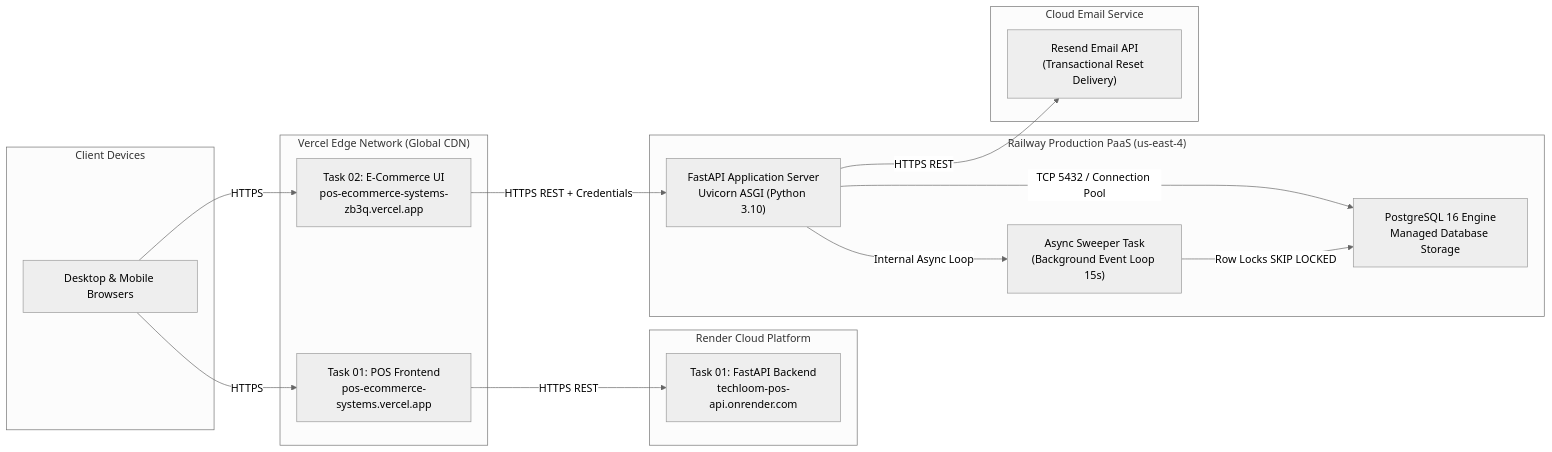
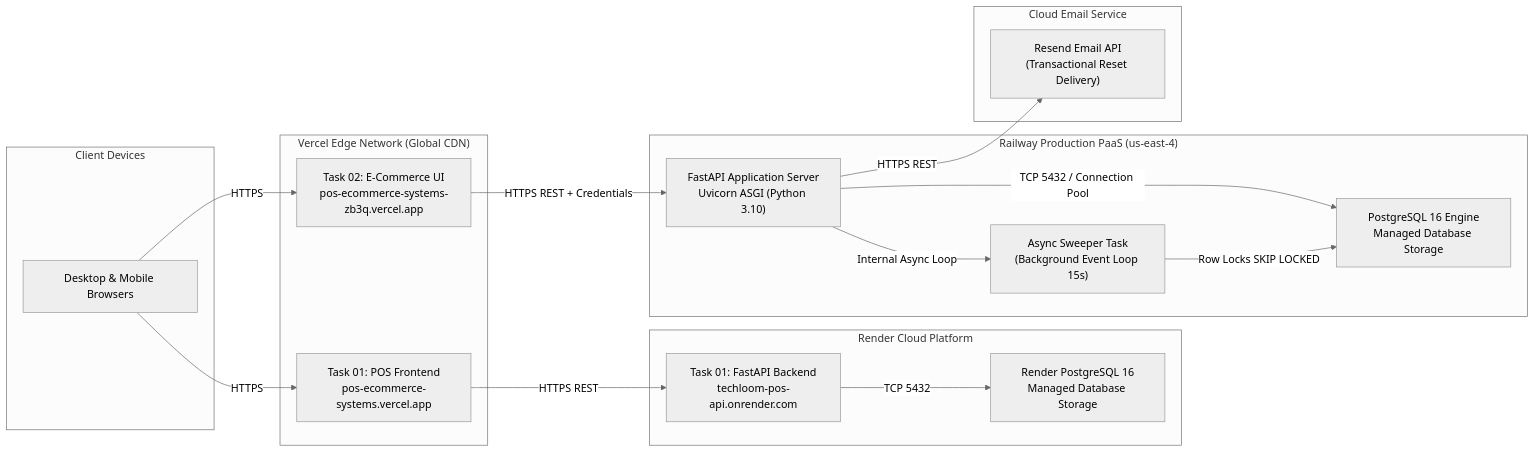
Diagram 19 of 22 in README.md (arudkumaran19/pos-ecommerce-systems), drawn with Mermaid (neutral theme) before and after one commit. The commit also changed other lines of this file, not shown here.

First line of the commit message:
docs: update Task 01 deployment specifications to Render backend and Render PostgreSQL

````diff
--- a/README.md
+++ b/README.md
@@ -934,34 +934,36 @@
 ```mermaid
 graph LR
     subgraph ClientLayer ["Client Devices"]
         Browser["Desktop & Mobile Browsers"]
     end
 
     subgraph VercelEdge ["Vercel Edge Network (Global CDN)"]
         VercelT1["Task 01: POS Frontend<br/>pos-ecommerce-systems.vercel.app"]
         VercelT2["Task 02: E-Commerce UI<br/>pos-ecommerce-systems-zb3q.vercel.app"]
     end
 
     subgraph RenderCloud ["Render Cloud Platform"]
         RenderT1["Task 01: FastAPI Backend<br/>techloom-pos-api.onrender.com"]
+        RenderDB["Render PostgreSQL 16<br/>Managed Database Storage"]
     end
 
     subgraph RailwayCloud ["Railway Production PaaS (us-east-4)"]
         RailwayAPI["FastAPI Application Server<br/>Uvicorn ASGI (Python 3.10)"]
         RailwaySweeper["Async Sweeper Task<br/>(Background Event Loop 15s)"]
         RailwayDB["PostgreSQL 16 Engine<br/>Managed Database Storage"]
     end
 
     subgraph ExternalSaaS ["Cloud Email Service"]
         ResendMail["Resend Email API<br/>(Transactional Reset Delivery)"]
     end
 
     Browser -->|HTTPS| VercelT1
     Browser -->|HTTPS| VercelT2
     VercelT1 -->|HTTPS REST| RenderT1
+    RenderT1 -->|TCP 5432| RenderDB
     VercelT2 -->|HTTPS REST + Credentials| RailwayAPI
     RailwayAPI -->|Internal Async Loop| RailwaySweeper
     RailwayAPI -->|TCP 5432 / Connection Pool| RailwayDB
     RailwaySweeper -->|Row Locks SKIP LOCKED| RailwayDB
     RailwayAPI -->|HTTPS REST| ResendMail
 ```
````
